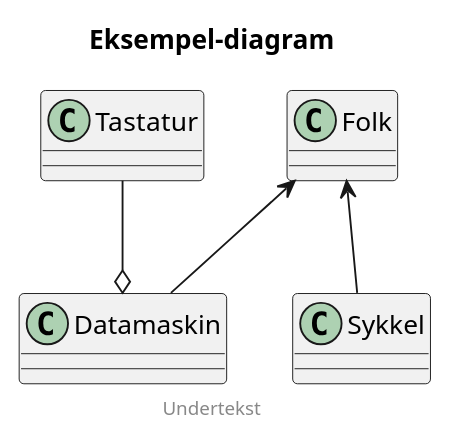
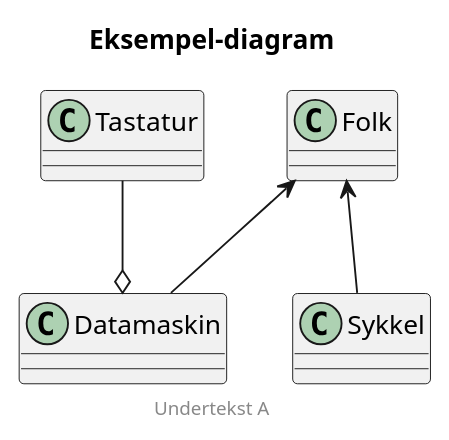
The diagram in mal/input/images/test.puml (HL7Norway/ig-mal), drawn with PlantUML before and after one commit.

```diff
--- a/mal/input/images/test.puml
+++ b/mal/input/images/test.puml
@@ -1,15 +1,15 @@
 @startuml
 
 title Eksempel-diagram
-footer Undertekst
+footer Undertekst A
 
 class Folk
 class Datamaskin
 class Sykkel
 class Tastatur
 
 Folk <-- Datamaskin
 Folk <-- Sykkel
 Tastatur --o Datamaskin
 
 @enduml
```
